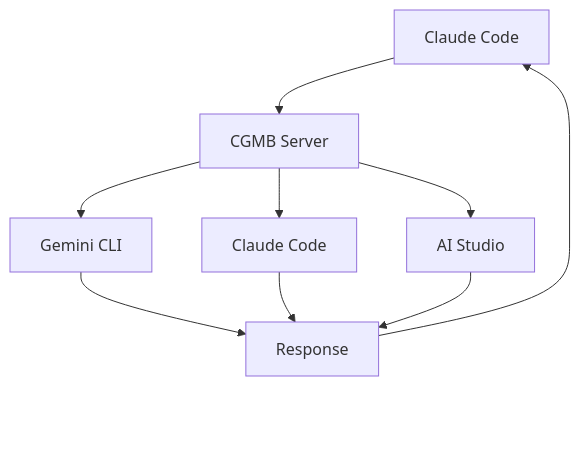
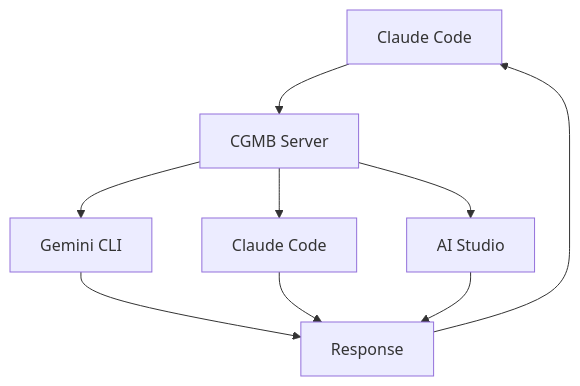
The diagram in README.md (goodaymmm/claude-gemini-multimodal-bridge), drawn with Mermaid before and after one commit.

Commit message:
🔧 fix: Use flowchart for better node positioning
- Change from 'graph TD' to 'flowchart TD' for improved layout
- Remove manual positioning attempts that weren't working
- Let Mermaid handle automatic centering of nodes

🤖 Generated with [Claude Code](https://claude.ai/code)

````diff
--- a/README.md
+++ b/README.md
@@ -36,21 +36,14 @@
 ```mermaid
-graph TD
+flowchart TD
     A[Claude Code] --> B[CGMB Server]
     
     B --> C[Gemini CLI]
     B --> D[Claude Code] 
     B --> E[AI Studio]
     
     C --> F[Response]
     D --> F
     E --> F
     
     F --> A
-    
-    %% Center alignment
-    A ~~~ G[ ]
-    F ~~~ H[ ]
-    
-    style G fill:transparent,stroke:transparent
-    style H fill:transparent,stroke:transparent
 ```
````
